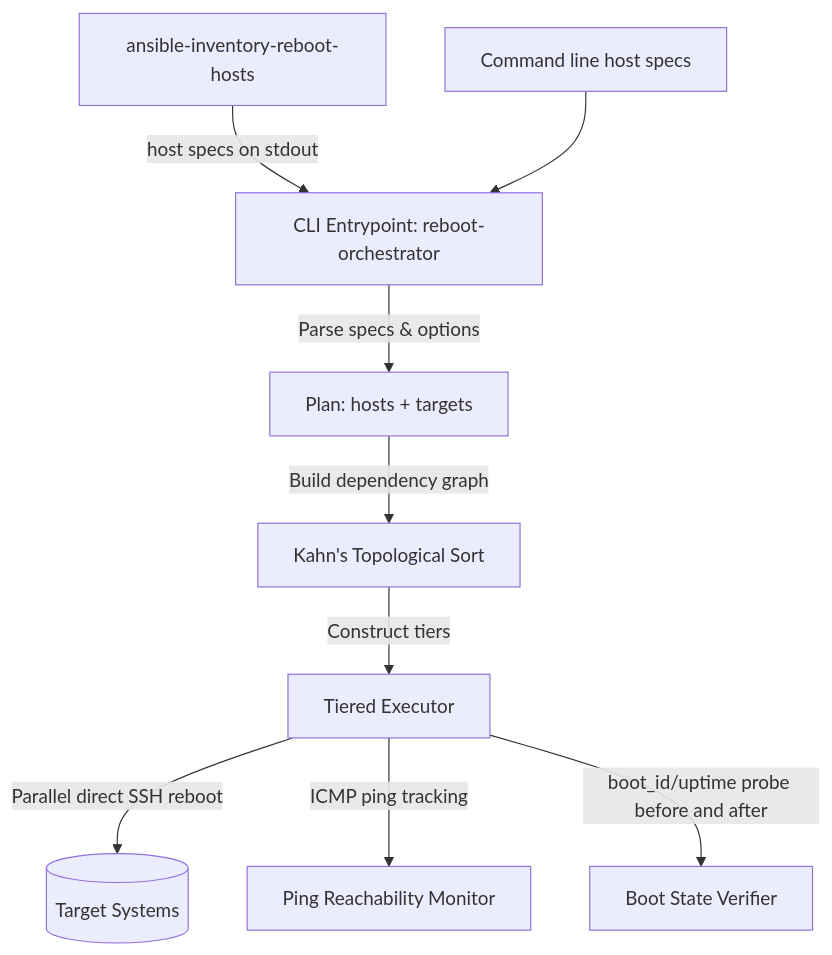
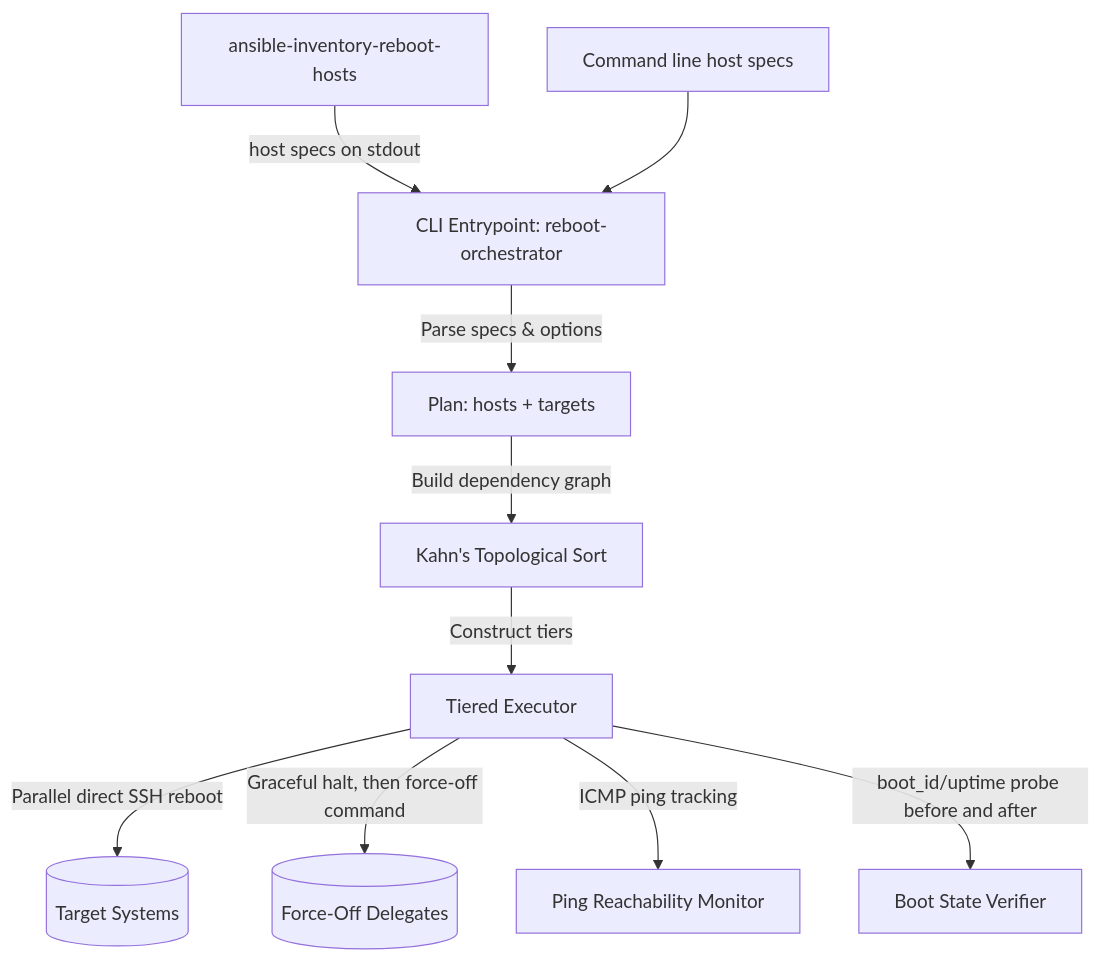
One commit to m-d-brown/service-management changed the diagram in design/004-reboot-orchestrator.md. Above: the diagram before and after it, drawn with Mermaid. The commit also changed other lines of this file and 13 other files, not shown here.

First line of the commit message:
feat(reboot-orchestrator): force off hung hosts via any delegate command

````diff
--- a/design/004-reboot-orchestrator.md
+++ b/design/004-reboot-orchestrator.md
@@ -45,11 +49,12 @@
 ```mermaid
 graph TD
     Inventory[ansible-inventory-reboot-hosts] -->|host specs on stdout| CLI
     Args[Command line host specs] --> CLI
     CLI[CLI Entrypoint: reboot-orchestrator] -->|Parse specs & options| Plan[Plan: hosts + targets]
     Plan -->|Build dependency graph| Graph[Kahn's Topological Sort]
     Graph -->|Construct tiers| Executor[Tiered Executor]
     Executor -->|Parallel direct SSH reboot| Targets[(Target Systems)]
+    Executor -->|Graceful halt, then force-off command| Delegate[(Force-Off Delegates)]
     Executor -->|ICMP ping tracking| Ping[Ping Reachability Monitor]
     Executor -->|boot_id/uptime probe before and after| Verifier[Boot State Verifier]
 ```
````
